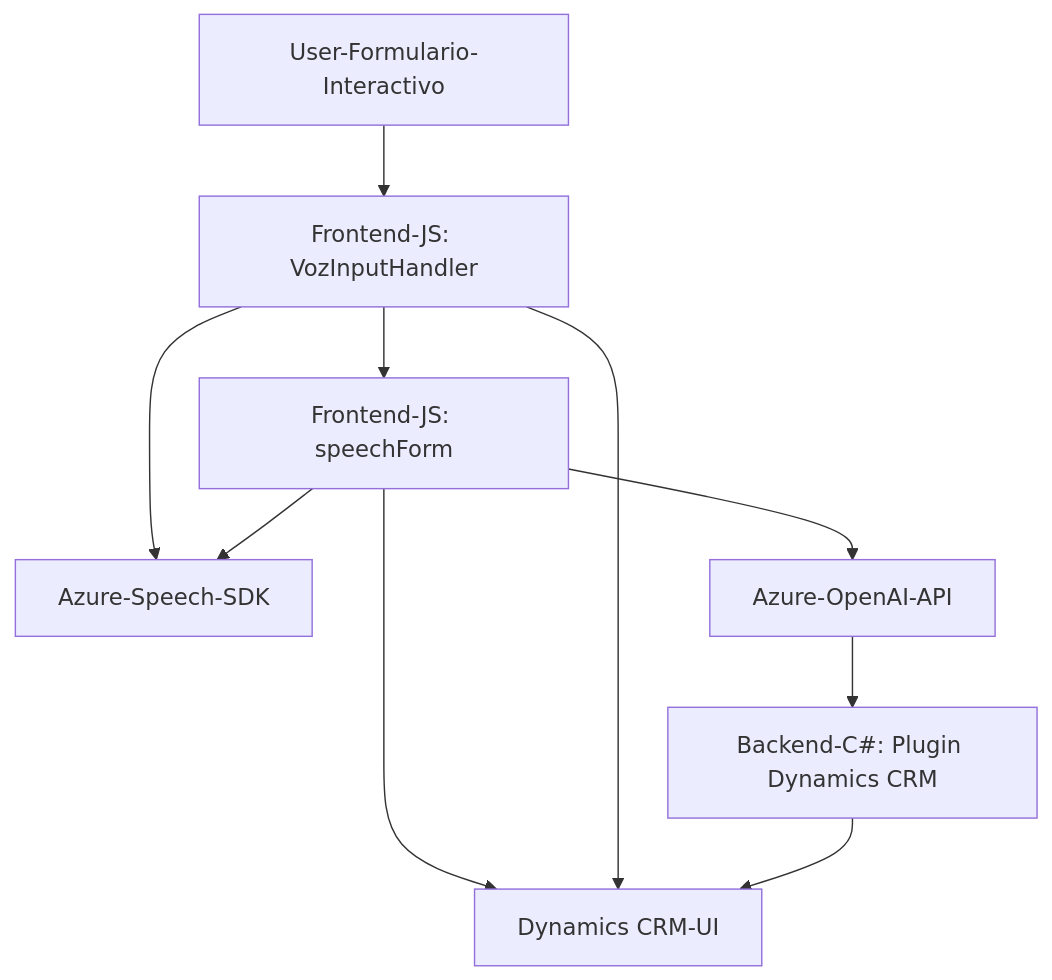
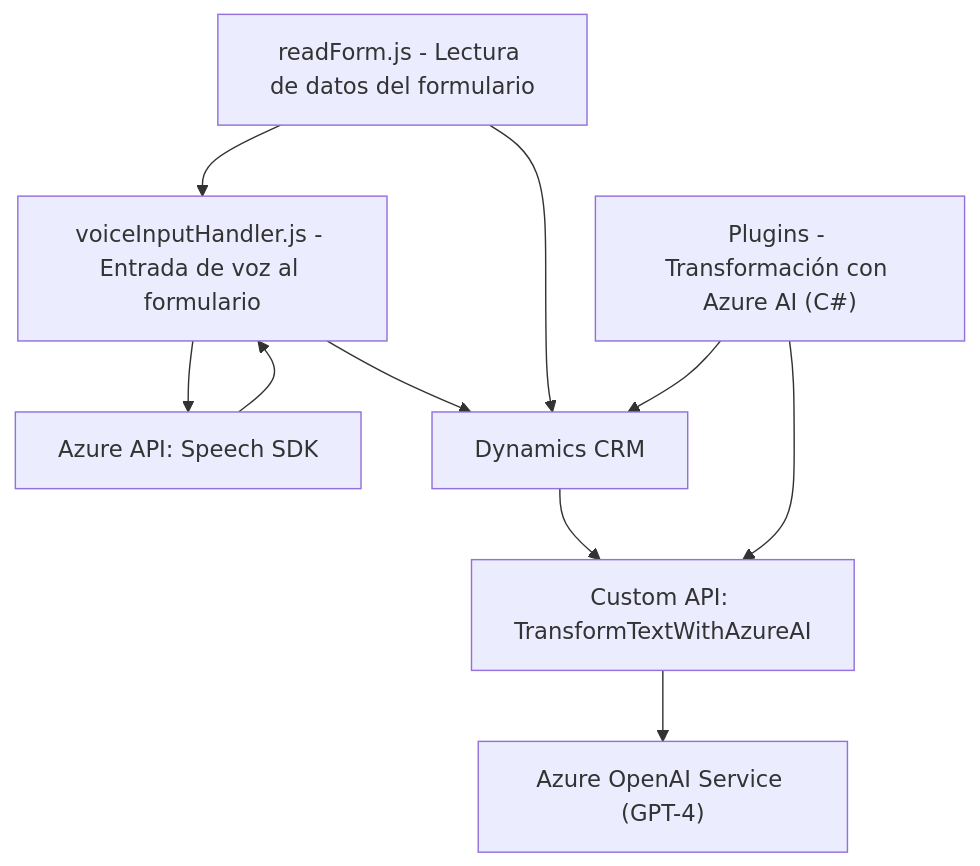
The diagram in README.md (blopezdm/NETCORE_BILBAO2025), drawn with Mermaid before and after one commit. The commit also changed other lines of this file, not shown here.

Commit message:
Actualizar análisis global de la solución con IA

````diff
--- a/README.md
+++ b/README.md
@@ -47,20 +42,20 @@
 ```mermaid
 graph TD
-    A["User-Formulario-Interactivo"]
-    B["Frontend-JS: VozInputHandler"]
-    C["Frontend-JS: speechForm"]
-    D["Backend-C#: Plugin Dynamics CRM"]
-    E["Azure-Speech-SDK"]
-    F["Azure-OpenAI-API"]
-    G["Dynamics CRM-UI"]
-    
-    A --> B
-    B --> C
+    A["voiceInputHandler.js - Entrada de voz al formulario"]
+    B["readForm.js - Lectura de datos del formulario"]
+    C["Plugins - Transformación con Azure AI (C#)"]
+    D["Azure API: Speech SDK"]
+    E["Dynamics CRM"]
+    F["Azure OpenAI Service (GPT-4)"]
+    G["Custom API: TransformTextWithAzureAI"]
+
+    A --> D
+    B --> A
+    A --> E
     B --> E
     C --> E
+    E --> G
     C --> G
-    B --> G
-    C --> F
-    F --> D
-    D --> G
+    G --> F
+    D --> A
 ```
````
